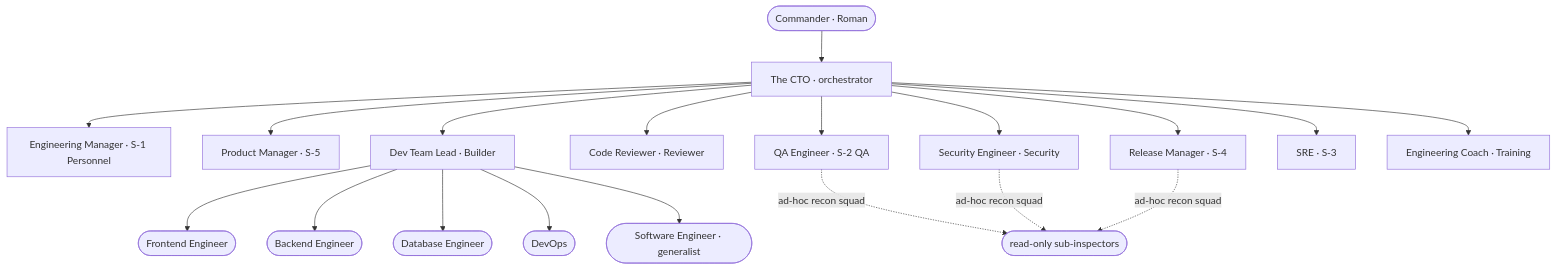
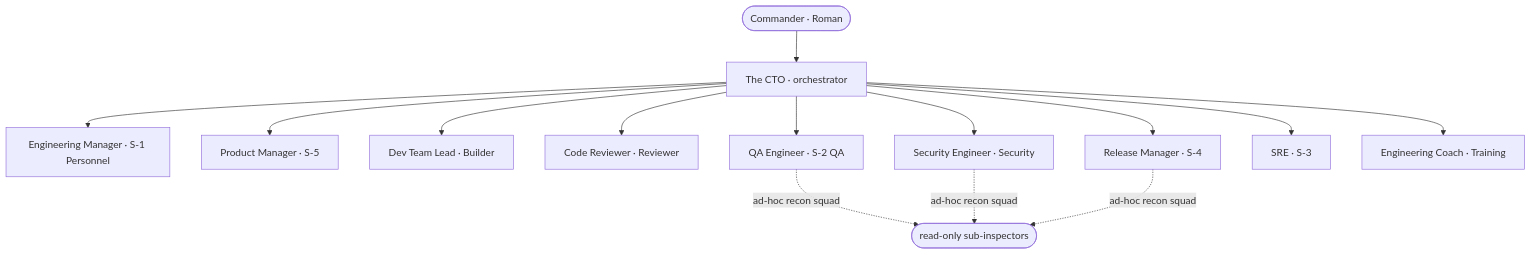
Before and after one commit to roman-berlin/Elite-Squad: the first of 3 diagrams in Documentation/SYSTEM_OVERVIEW.md, drawn with Mermaid. The commit also changed other lines of this file, not shown here.

````diff
--- a/Documentation/SYSTEM_OVERVIEW.md
+++ b/Documentation/SYSTEM_OVERVIEW.md
@@ -90,21 +84,16 @@
 ```mermaid
 flowchart TD
   C(["Commander · Roman"]) --> G["The CTO · orchestrator"]
   G --> ADJ["Engineering Manager · S-1 Personnel"]
   G --> PM["Product Manager · S-5"]
   G --> FE["Dev Team Lead · Builder"]
   G --> IG["Code Reviewer · Reviewer"]
   G --> SC["QA Engineer · S-2 QA"]
   G --> PR["Security Engineer · Security"]
   G --> QM["Release Manager · S-4"]
   G --> SN["SRE · S-3"]
   G --> DM["Engineering Coach · Training"]
-  FE --> F1(["Frontend Engineer"])
-  FE --> F2(["Backend Engineer"])
-  FE --> F3(["Database Engineer"])
-  FE --> F4(["DevOps"])
-  FE --> F5(["Software Engineer · generalist"])
   SC -.->|"ad-hoc recon squad"| R1(["read-only sub-inspectors"])
   PR -.->|"ad-hoc recon squad"| R1
   QM -.->|"ad-hoc recon squad"| R1
 ```
````
